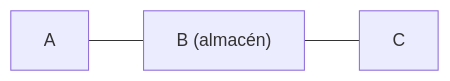
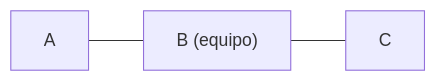
Before and after one commit to JessPCL/logistpulse-deber2-tc: the diagram in docs/fichas/c3.md, drawn with Mermaid. The commit also changed other lines of this file and 27 other files, not shown here.

````diff
--- a/docs/fichas/c3.md
+++ b/docs/fichas/c3.md
@@ -16,5 +16,5 @@
 ```mermaid
 flowchart LR
-    A["A"] --- B["B (almacén)"]
+    A["A"] --- B["B (equipo)"]
     B --- C["C"]
 ```
````
